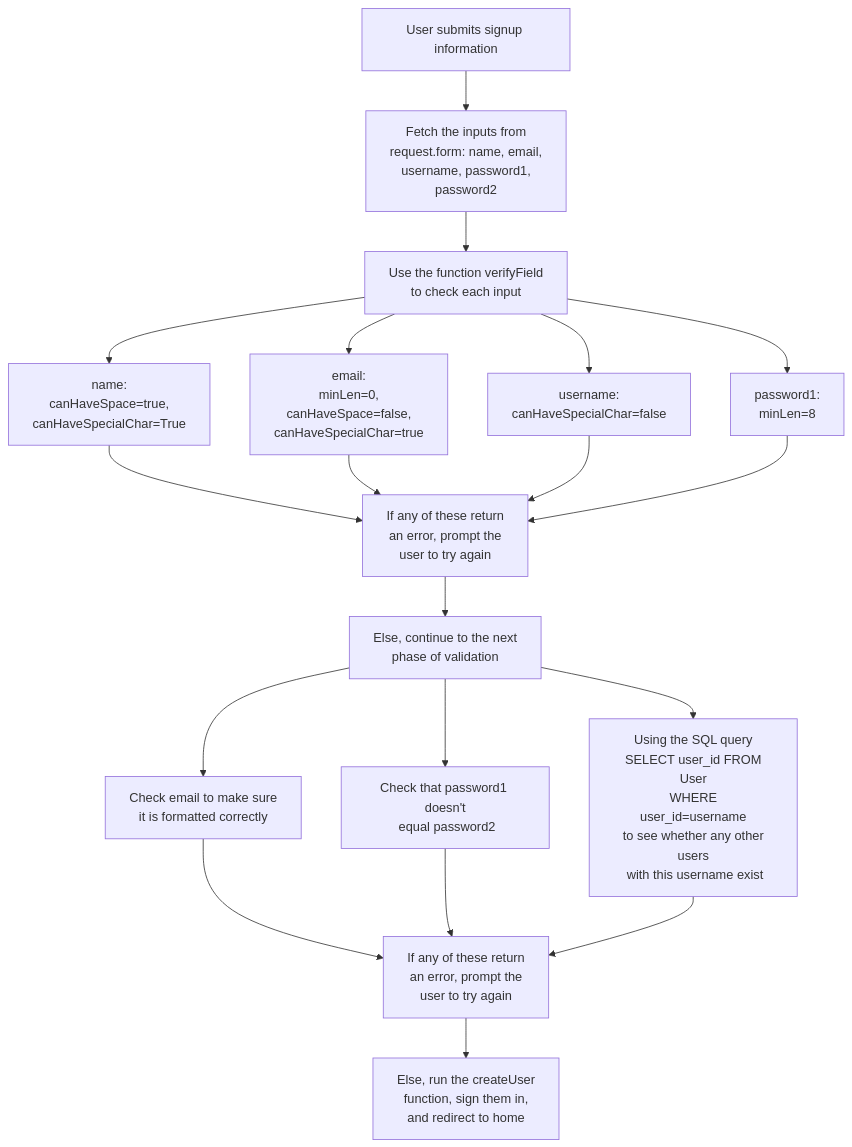
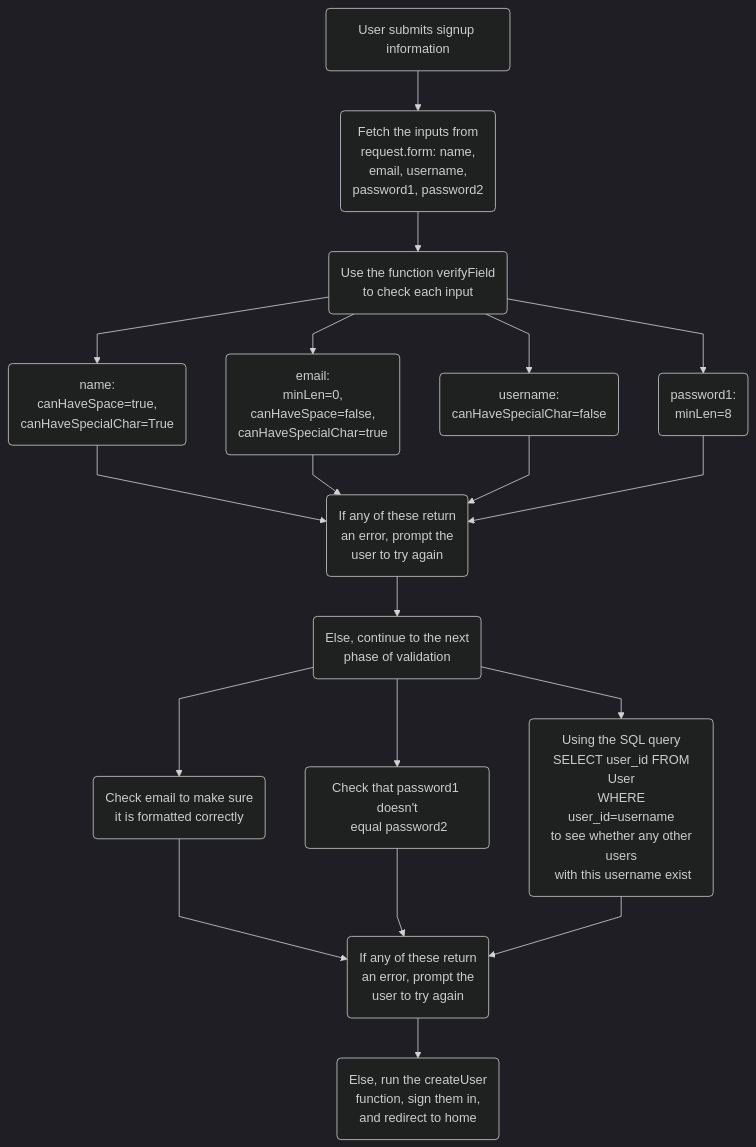
Before and after one commit to tomgxz/Kraken: diagram 12 of 14 in README.md, drawn with Mermaid. The commit also changed other lines of this file, not shown here.

Commit message:
Mermaid Formatting

````diff
--- a/README.md
+++ b/README.md
@@ -552,21 +534,6 @@
 ```mermaid
+%%{init: {'theme':'dark', 'flowchart': {'curve': 'linear'},'themeVariables':{'fontFamily':'Lexend,Noto Sans,Helvetica,Arial'}}}%%
+
 graph TD
-  A[User submits signup information] --> B["Fetch the inputs from\n request.form: name, email,\n username, password1,\n password2"]
-  B --> C["Use the function verifyField\n to check each input"]
-  C --> D["name:\n canHaveSpace=true,\n canHaveSpecialChar=True"]
-  C --> E["email:\n minLen=0,\n canHaveSpace=false,\n canHaveSpecialChar=true"]
-  C --> F["username:\n canHaveSpecialChar=false"]
-  C --> G["password1:\n minLen=8"]
-  D --> H["If any of these return\n an error, prompt the\n user to try again"]
-  E --> H
-  F --> H
-  G --> H
-  H --> h["Else, continue to the next\n phase of validation"]
-  h --> I["Check email to make sure\n it is formatted correctly"]
-  h --> J["Check that password1 doesn't\n equal password2"]
-  h --> K["Using the SQL query\n SELECT user_id FROM User\n WHERE user_id=username\n to see whether any other users\n with this username exist"]
-  I --> L["If any of these return\n an error, prompt the\n user to try again"]
-  J --> L
-  K --> L
-  L --> M["Else, run the createUser\n function, sign them in,\n and redirect to home"]
+  A(User submits signup information) --> B("Fetch the inputs from\n request.form: name,\n email, username,\n password1, password2") --> C("Use the function verifyField\n to check each input") --> D("name:\n canHaveSpace=true,\n canHaveSpecialChar=True") & E("email:\n minLen=0,\n canHaveSpace=false,\n canHaveSpecialChar=true") & F("username:\n canHaveSpecialChar=false") & G("password1:\n minLen=8") --> H("If any of these return\n an error, prompt the\n user to try again") --> h("Else, continue to the next\n phase of validation") --> I("Check email to make sure\n it is formatted correctly") & J("Check that password1 doesn't\n equal password2") & K("Using the SQL query\n SELECT user_id FROM User\n WHERE user_id=username\n to see whether any other users\n with this username exist") --> L("If any of these return\n an error, prompt the\n user to try again") --> M("Else, run the createUser\n function, sign them in,\n and redirect to home")
 ```
````
